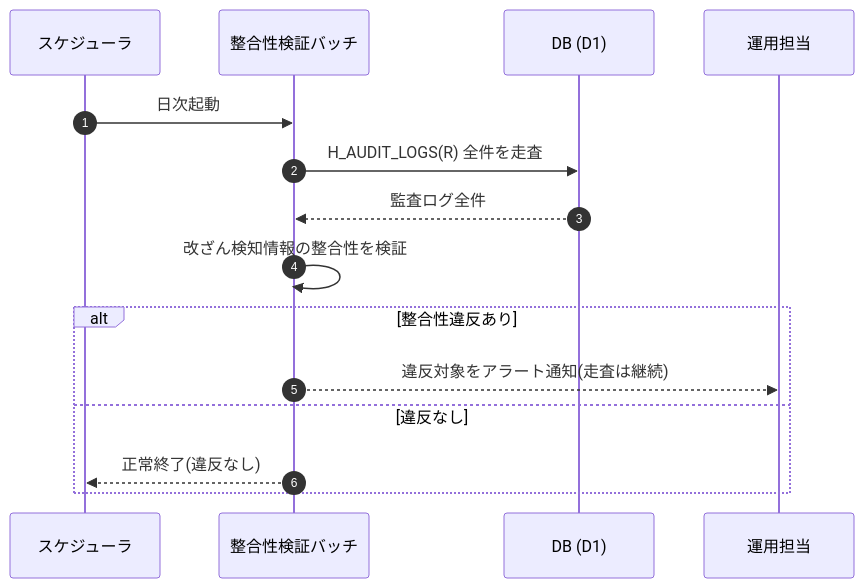
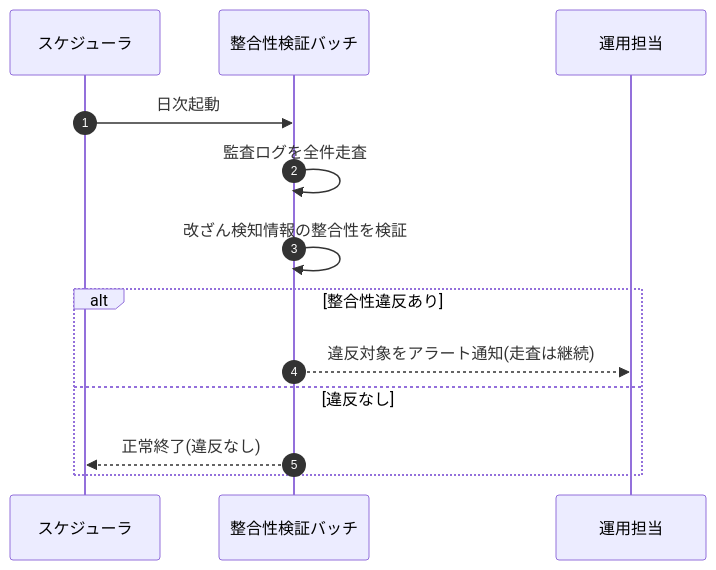
Before and after one commit to sikakou54/open-faq: the diagram in 02_basic_design/05_sequences/SEQ-107.md, drawn with Mermaid. The commit also changed other lines of this file and 108 other files, not shown here.

First line of the commit message:
基本設計: シーケンス図を基本設計粒度(ユーザー/画面/サーバー)へ再編成

````diff
--- a/02_basic_design/05_sequences/SEQ-107.md
+++ b/02_basic_design/05_sequences/SEQ-107.md
@@ -25,17 +32,15 @@
 ```mermaid
 sequenceDiagram
   autonumber
   participant SCH as スケジューラ
   participant B as 整合性検証バッチ
-  participant DB as DB (D1)
   participant OP as 運用担当
   SCH->>B: 日次起動
-  B->>DB: H_AUDIT_LOGS(R) 全件を走査
-  DB-->>B: 監査ログ全件
+  B->>B: 監査ログを全件走査
   B->>B: 改ざん検知情報の整合性を検証
   alt 整合性違反あり
     B-->>OP: 違反対象をアラート通知(走査は継続)
   else 違反なし
     B-->>SCH: 正常終了(違反なし)
   end
 ```
````
